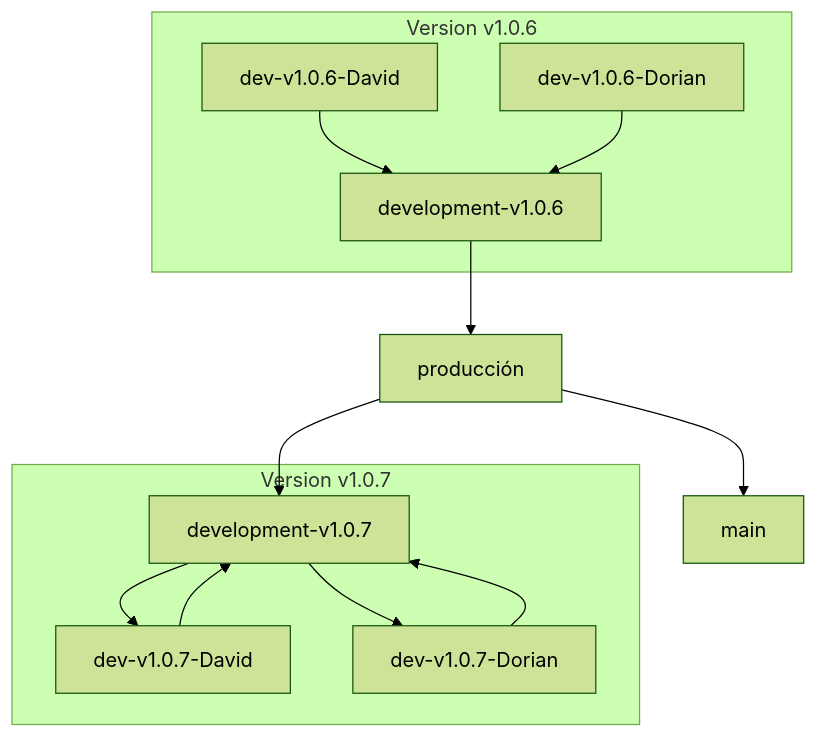
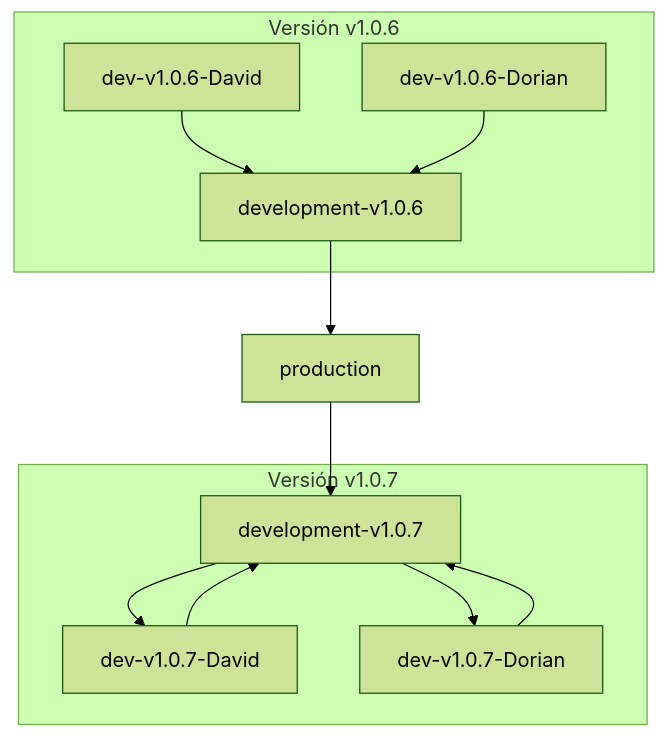
Before and after one commit to dorianprogrammer/SINPEConectaCR: the second of 2 diagrams in docs/architecture/branching-strategy.md, drawn with Mermaid (forest theme). The commit also changed other lines of this file, not shown here.

````diff
--- a/docs/architecture/branching-strategy.md
+++ b/docs/architecture/branching-strategy.md
@@ -89,36 +78,34 @@
 ```mermaid
 graph TD
-    subgraph Version v1.0.6
+    subgraph Versión v1.0.6
       A[development-v1.0.6]
       B[dev-v1.0.6-David]
       C[dev-v1.0.6-Dorian]
     end
 
-    D[producción]
-    E[main]
+    D[production]
 
-    subgraph Version v1.0.7
-      F[development-v1.0.7]
-      G[dev-v1.0.7-David]
-      H[dev-v1.0.7-Dorian]
+    subgraph Versión v1.0.7
+      E[development-v1.0.7]
+      F[dev-v1.0.7-David]
+      G[dev-v1.0.7-Dorian]
     end
 
     %% Trabajo en v1.0.6 (PRs hacia development-v1.0.6)
     B --> A
     C --> A
 
-    %% Promoción de v1.0.6 (PR a producción y merge a main)
+    %% Promoción de v1.0.6 a producción
     A --> D
+
+    %% Inicio de v1.0.7 desde producción
     D --> E
 
-    %% Inicio de v1.0.7 (copia exacta desde producción)
-    D --> F
+    %% Ramas dev derivadas de development v1.0.7
+    E --> F
+    E --> G
 
-    %% Ramas dev derivadas de development v1.0.7
-    F --> G
-    F --> H
-
-    %% PRs de dev v1.0.7 hacia development v1.0.7
-    G --> F
-    H --> F
+    %% PRs de dev v1.0.7 hacia development-v1.0.7
+    F --> E
+    G --> E
 ```
````
